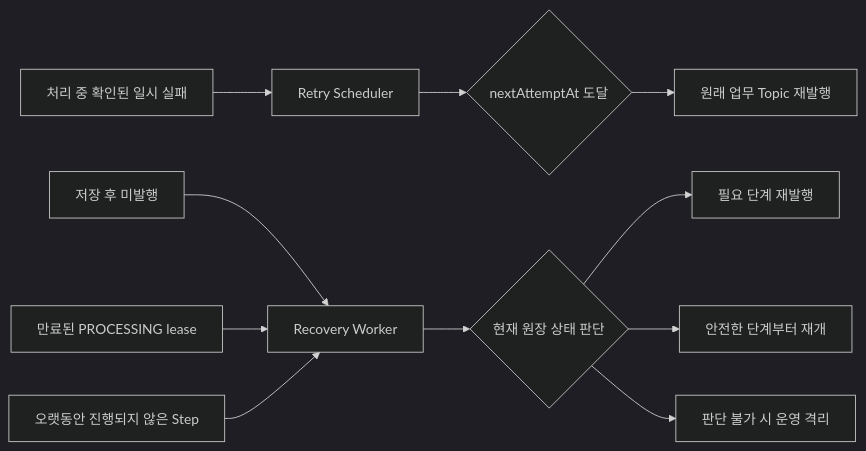
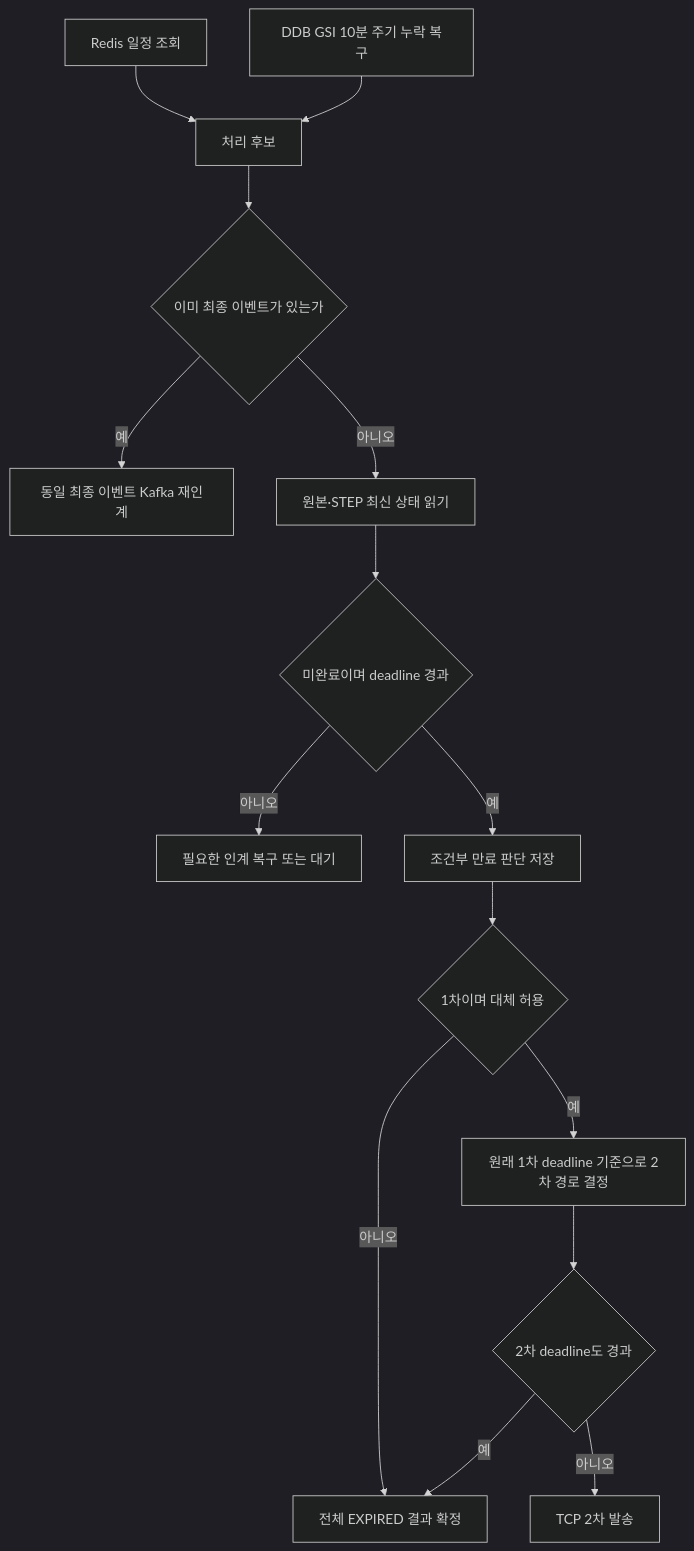
The fourth of 4 diagrams in docs/04-요청-접수부터-최종-결과까지의-전체-흐름.md (hyun-seung/High-throughput-event-platform), drawn with Mermaid (dark theme) before and after one commit. The commit also changed other lines of this file and 7 other files, not shown here.

````diff
--- a/docs/04-요청-접수부터-최종-결과까지의-전체-흐름.md
+++ b/docs/04-요청-접수부터-최종-결과까지의-전체-흐름.md
@@ -212,14 +156,17 @@
 ```mermaid
-flowchart LR
-    KnownFailure[처리 중 확인된 일시 실패] --> Retry[Retry Scheduler]
-    Retry --> Due{nextAttemptAt 도달}
-    Due --> Original[원래 업무 Topic 재발행]
-
-    MissingEvent[저장 후 미발행] --> Recovery[Recovery Worker]
-    ExpiredLease[만료된 PROCESSING lease] --> Recovery
-    StaleStep[오랫동안 진행되지 않은 Step] --> Recovery
-    Recovery --> Action{현재 원장 상태 판단}
-    Action --> Republish[필요 단계 재발행]
-    Action --> Resume[안전한 단계부터 재개]
-    Action --> Quarantine[판단 불가 시 운영 격리]
+flowchart TD
+    R[Redis 일정 조회] --> C[처리 후보]
+    G[DDB GSI 10분 주기 누락 복구] --> C
+    C --> F{이미 최종 이벤트가 있는가}
+    F -- 예 --> K[동일 최종 이벤트 Kafka 재인계]
+    F -- 아니오 --> D[원본·STEP 최신 상태 읽기]
+    D --> E{미완료이며 deadline 경과}
+    E -- 아니오 --> W[필요한 인계 복구 또는 대기]
+    E -- 예 --> X[조건부 만료 판단 저장]
+    X --> S{1차이며 대체 허용}
+    S -- 예 --> T[원래 1차 deadline 기준으로 2차 경로 결정]
+    S -- 아니오 --> Z[전체 EXPIRED 결과 확정]
+    T --> U{2차 deadline도 경과}
+    U -- 예 --> Z
+    U -- 아니오 --> P[TCP 2차 발송]
 ```
````
